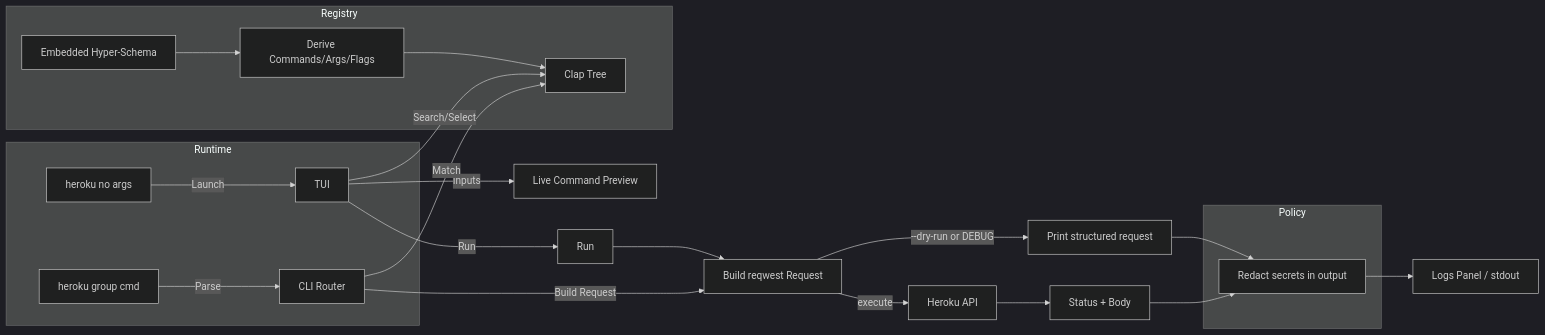
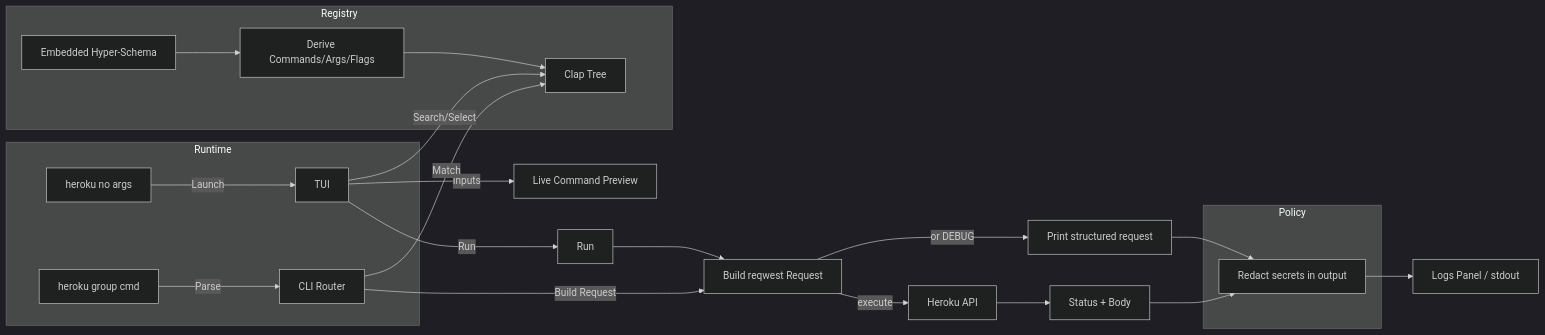
Before and after one commit to oattyio/oatty: the diagram in README.md, drawn with Mermaid (dark theme). The commit also changed other lines of this file and 34 other files, not shown here.

````diff
--- a/README.md
+++ b/README.md
@@ -59,30 +56,30 @@
 ```mermaid
 flowchart LR
   subgraph Runtime
     A[heroku no args] -->|Launch| TUI[TUI]
     A2[heroku group cmd] -->|Parse| CLI[CLI Router]
   end
 
   subgraph Registry
     S[Embedded Hyper-Schema] --> D[Derive Commands/Args/Flags]
     D --> C[Clap Tree]
   end
 
   TUI -->|Search/Select| C
   TUI -->|Inputs| CMD_PREV[Live Command Preview]
   TUI -->|Run| RUN[Run]
   CLI -->|Match| C
   CLI -->|Build Request| REQ[Build reqwest Request]
   RUN --> REQ
 
-  REQ -->|--dry-run or DEBUG| OUT1[Print structured request]
+  REQ -->| or DEBUG| OUT1[Print structured request]
   REQ -->|execute| HTTP[Heroku API]
   HTTP --> OUT2[Status + Body]
 
   subgraph Policy
     R[Redact secrets in output]
   end
   OUT1 --> R
   OUT2 --> R
   R --> LOGS[Logs Panel / stdout]
 ```
````
